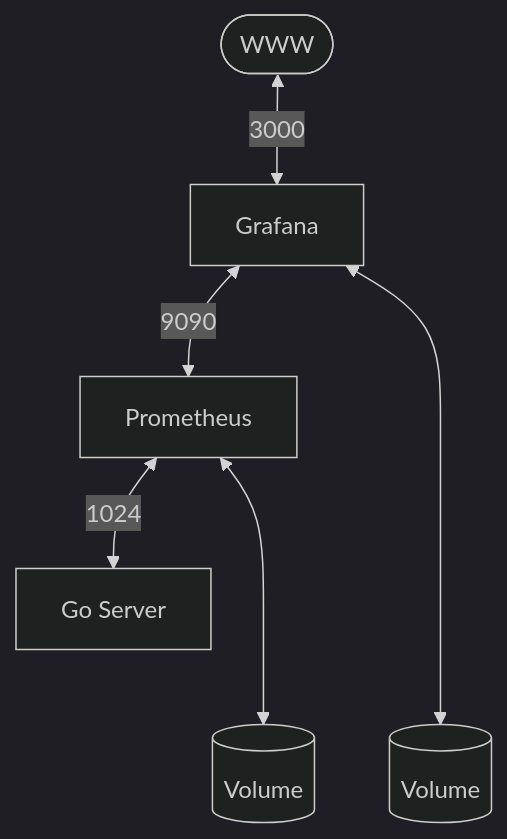
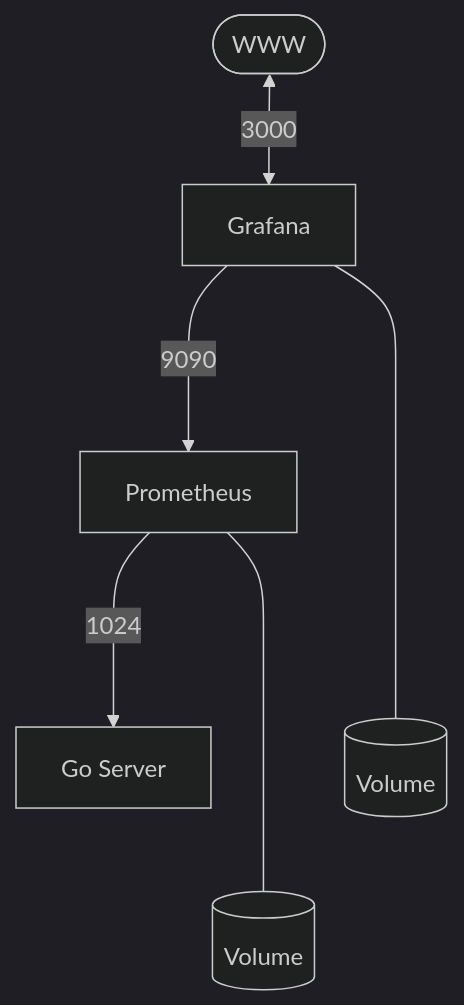
One commit to s-gas/hauslab changed the diagram in sysmetrics/README.md. Above: the diagram before and after it, drawn with Mermaid (dark theme). The commit also changed other lines of this file, not shown here.

Commit message:
Change arrows in flowchart to monodirectional

````diff
--- a/sysmetrics/README.md
+++ b/sysmetrics/README.md
@@ -11,16 +11,16 @@
 ```mermaid
 flowchart TB
     A([WWW])
     B[Grafana]
     C[Prometheus]
     D[Go Server]
     E[(Volume)]
     F[(Volume)]
 
     A <-->|3000| B
-    B <-->|9090| C
-    C <-->|1024| D
+    B --->|9090| C
+    C --->|1024| D
 
-    B <----> E
-    C <---> F
+    B ------ E
+    C ----- F
 ```
````
